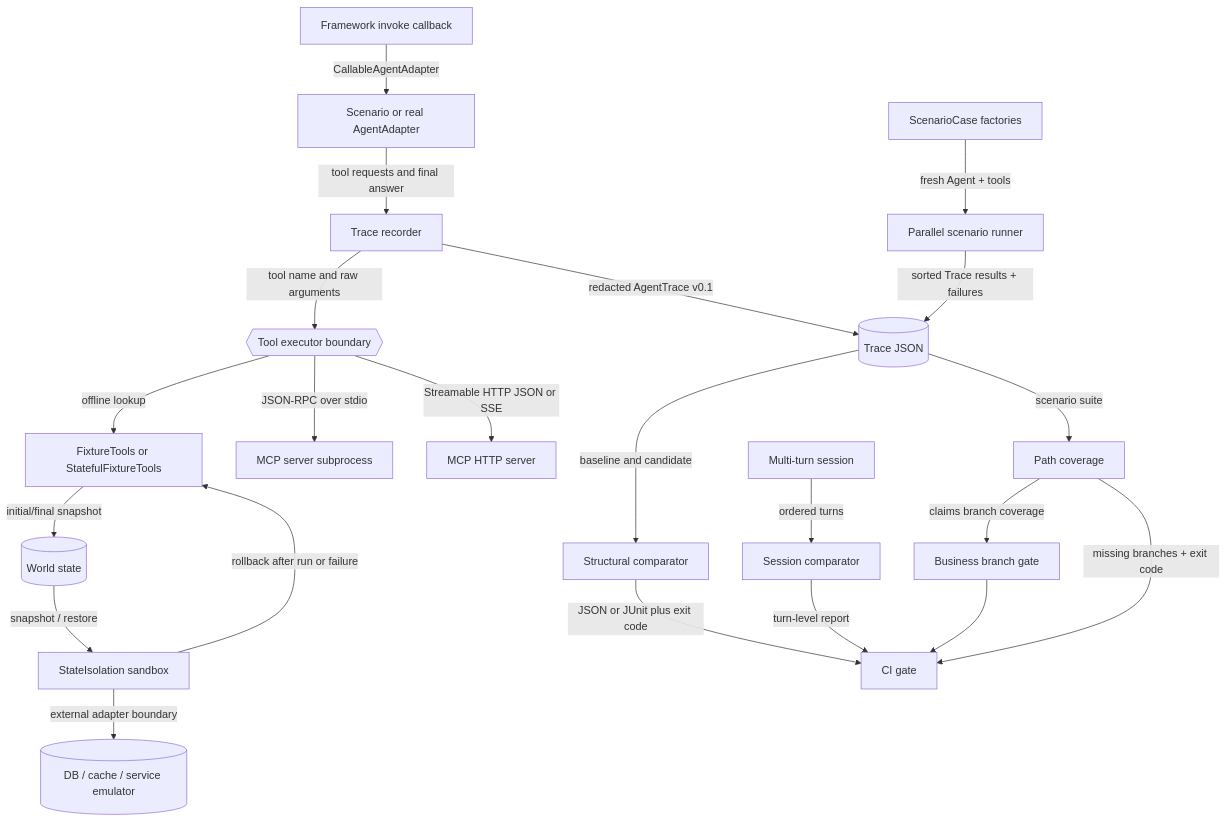
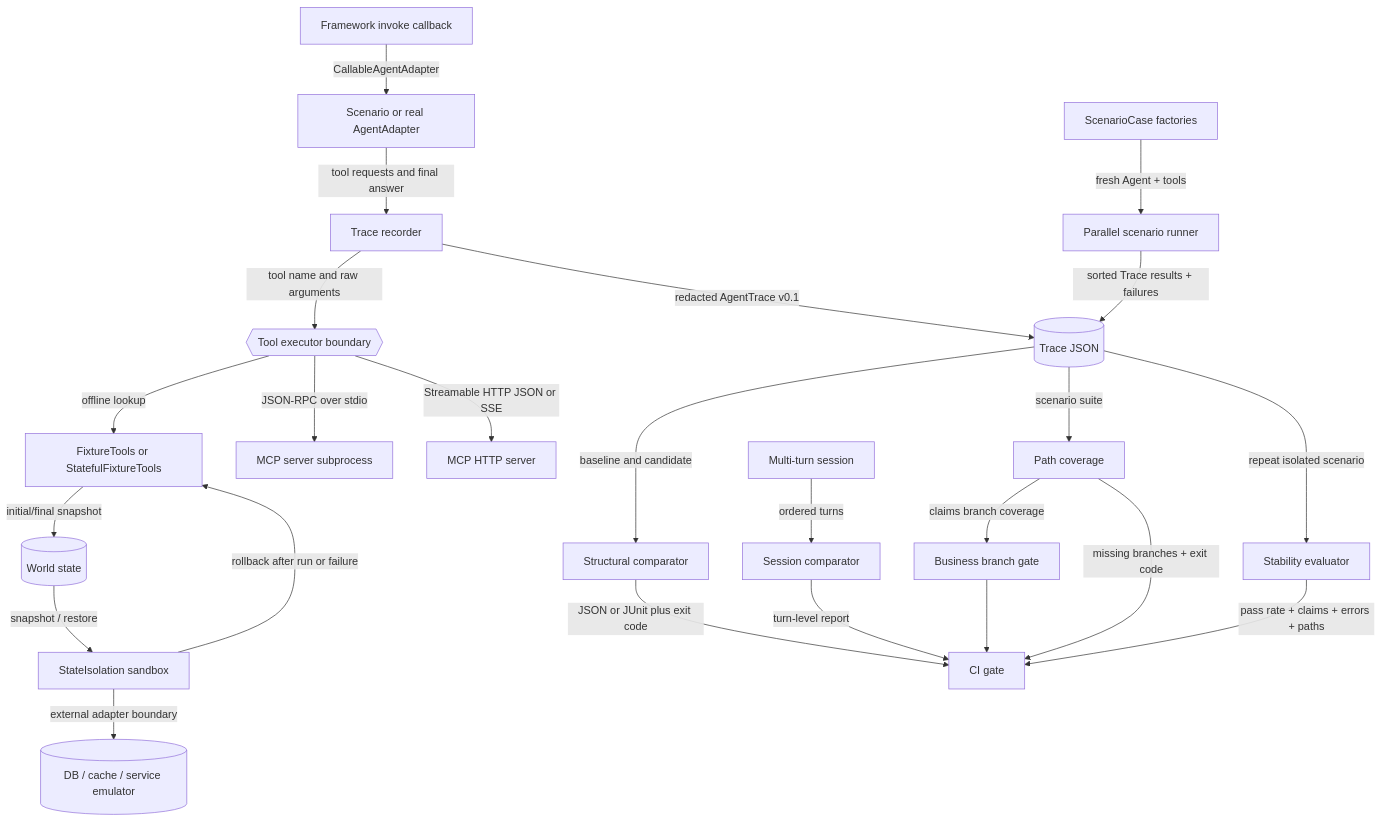
The first of 3 diagrams in docs/architecture.md (ANTAO94/agent-regression-kit), drawn with Mermaid before and after one commit. The commit also changed other lines of this file and 16 other files, not shown here.

````diff
--- a/docs/architecture.md
+++ b/docs/architecture.md
@@ -5,24 +5,26 @@
 ```mermaid
 flowchart TD
     Scenario[Scenario or real AgentAdapter] -->|tool requests and final answer| Recorder[Trace recorder]
     Framework[Framework invoke callback] -->|CallableAgentAdapter| Scenario
     Recorder -->|tool name and raw arguments| Executor{{Tool executor boundary}}
     Executor -->|offline lookup| Fixture[FixtureTools or StatefulFixtureTools]
     Fixture -->|initial/final snapshot| World[(World state)]
     World -->|snapshot / restore| Isolation[StateIsolation sandbox]
     Isolation -->|rollback after run or failure| Fixture
     Isolation -->|external adapter boundary| External[(DB / cache / service emulator)]
     Executor -->|JSON-RPC over stdio| MCP[MCP server subprocess]
     Executor -->|Streamable HTTP JSON or SSE| HTTP[MCP HTTP server]
     Recorder -->|redacted AgentTrace v0.1| Trace[(Trace JSON)]
     Trace -->|baseline and candidate| Compare[Structural comparator]
     Compare -->|JSON or JUnit plus exit code| CI[CI gate]
     Session[Multi-turn session] -->|ordered turns| SessionCompare[Session comparator]
     SessionCompare -->|turn-level report| CI
     Coverage -->|claims branch coverage| BusinessGate[Business branch gate]
     BusinessGate --> CI
     Trace -->|scenario suite| Coverage[Path coverage]
     Coverage -->|missing branches + exit code| CI
     Suite[ScenarioCase factories] -->|fresh Agent + tools| Parallel[Parallel scenario runner]
     Parallel -->|sorted Trace results + failures| Trace
+    Trace -->|repeat isolated scenario| Stability[Stability evaluator]
+    Stability -->|pass rate + claims + errors + paths| CI
 ```
````
